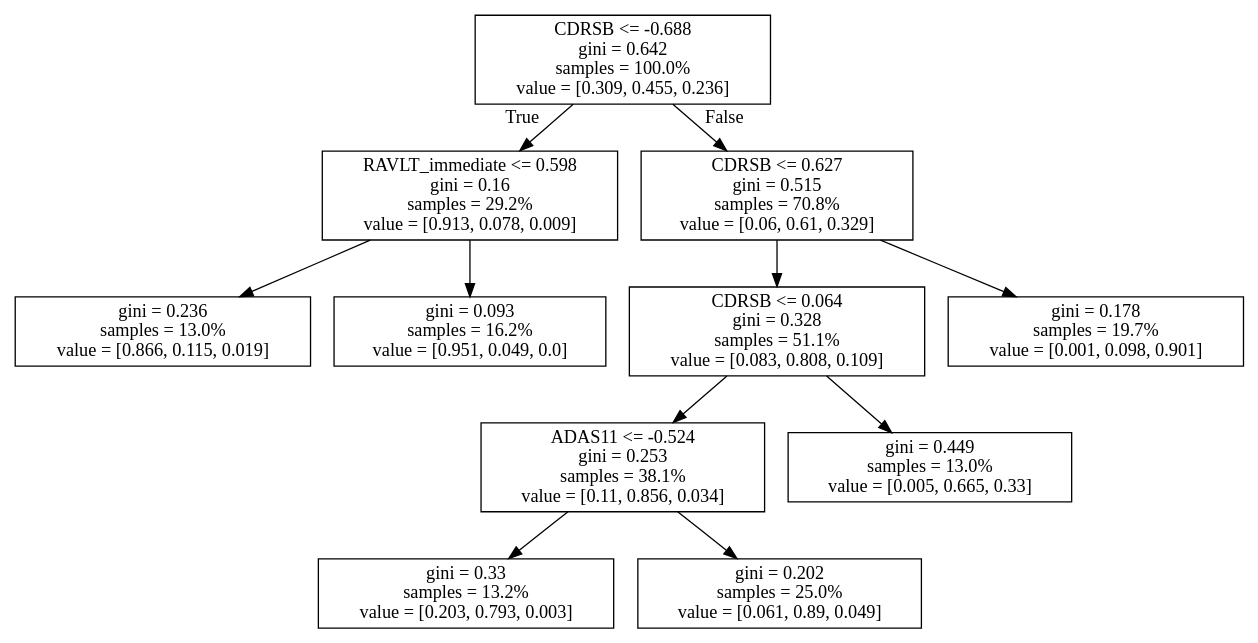
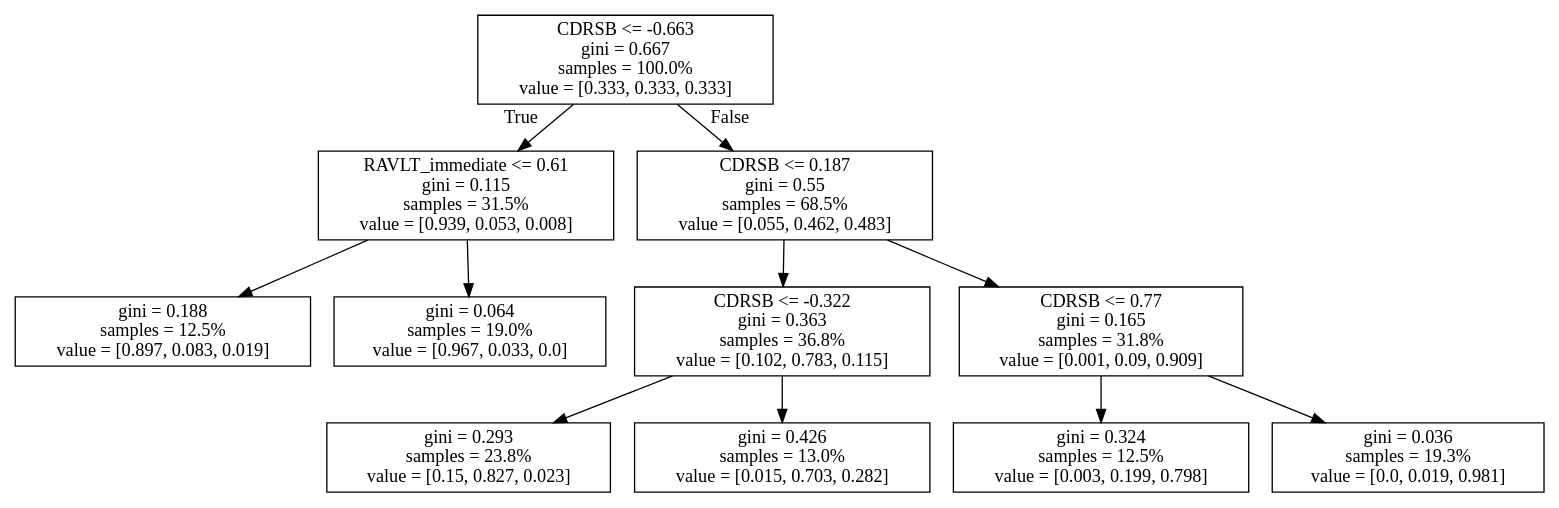
Before and after one commit to ibrahim85/ad_ncirl: the diagram in tree_few_features.dot, drawn with Graphviz. The commit also changed 14 other files, not shown here.

```diff
--- a/tree_few_features.dot
+++ b/tree_few_features.dot
@@ -1,24 +1,24 @@
 digraph Tree {
 node [shape=box] ;
-0 [label="CDRSB <= -0.688\ngini = 0.642\nsamples = 100.0%\nvalue = [0.309, 0.455, 0.236]"] ;
-1 [label="RAVLT_immediate <= 0.598\ngini = 0.16\nsamples = 29.2%\nvalue = [0.913, 0.078, 0.009]"] ;
+0 [label="CDRSB <= -0.663\ngini = 0.667\nsamples = 100.0%\nvalue = [0.333, 0.333, 0.333]"] ;
+1 [label="RAVLT_immediate <= 0.61\ngini = 0.115\nsamples = 31.5%\nvalue = [0.939, 0.053, 0.008]"] ;
 0 -> 1 [labeldistance=2.5, labelangle=45, headlabel="True"] ;
-2 [label="gini = 0.236\nsamples = 13.0%\nvalue = [0.866, 0.115, 0.019]"] ;
+2 [label="gini = 0.188\nsamples = 12.5%\nvalue = [0.897, 0.083, 0.019]"] ;
 1 -> 2 ;
-3 [label="gini = 0.093\nsamples = 16.2%\nvalue = [0.951, 0.049, 0.0]"] ;
+3 [label="gini = 0.064\nsamples = 19.0%\nvalue = [0.967, 0.033, 0.0]"] ;
 1 -> 3 ;
-4 [label="CDRSB <= 0.627\ngini = 0.515\nsamples = 70.8%\nvalue = [0.06, 0.61, 0.329]"] ;
+4 [label="CDRSB <= 0.187\ngini = 0.55\nsamples = 68.5%\nvalue = [0.055, 0.462, 0.483]"] ;
 0 -> 4 [labeldistance=2.5, labelangle=-45, headlabel="False"] ;
-5 [label="CDRSB <= 0.064\ngini = 0.328\nsamples = 51.1%\nvalue = [0.083, 0.808, 0.109]"] ;
+5 [label="CDRSB <= -0.322\ngini = 0.363\nsamples = 36.8%\nvalue = [0.102, 0.783, 0.115]"] ;
 4 -> 5 ;
-6 [label="ADAS11 <= -0.524\ngini = 0.253\nsamples = 38.1%\nvalue = [0.11, 0.856, 0.034]"] ;
+6 [label="gini = 0.293\nsamples = 23.8%\nvalue = [0.15, 0.827, 0.023]"] ;
 5 -> 6 ;
-7 [label="gini = 0.33\nsamples = 13.2%\nvalue = [0.203, 0.793, 0.003]"] ;
-6 -> 7 ;
-8 [label="gini = 0.202\nsamples = 25.0%\nvalue = [0.061, 0.89, 0.049]"] ;
-6 -> 8 ;
-9 [label="gini = 0.449\nsamples = 13.0%\nvalue = [0.005, 0.665, 0.33]"] ;
-5 -> 9 ;
-10 [label="gini = 0.178\nsamples = 19.7%\nvalue = [0.001, 0.098, 0.901]"] ;
-4 -> 10 ;
+7 [label="gini = 0.426\nsamples = 13.0%\nvalue = [0.015, 0.703, 0.282]"] ;
+5 -> 7 ;
+8 [label="CDRSB <= 0.77\ngini = 0.165\nsamples = 31.8%\nvalue = [0.001, 0.09, 0.909]"] ;
+4 -> 8 ;
+9 [label="gini = 0.324\nsamples = 12.5%\nvalue = [0.003, 0.199, 0.798]"] ;
+8 -> 9 ;
+10 [label="gini = 0.036\nsamples = 19.3%\nvalue = [0.0, 0.019, 0.981]"] ;
+8 -> 10 ;
 }
```
